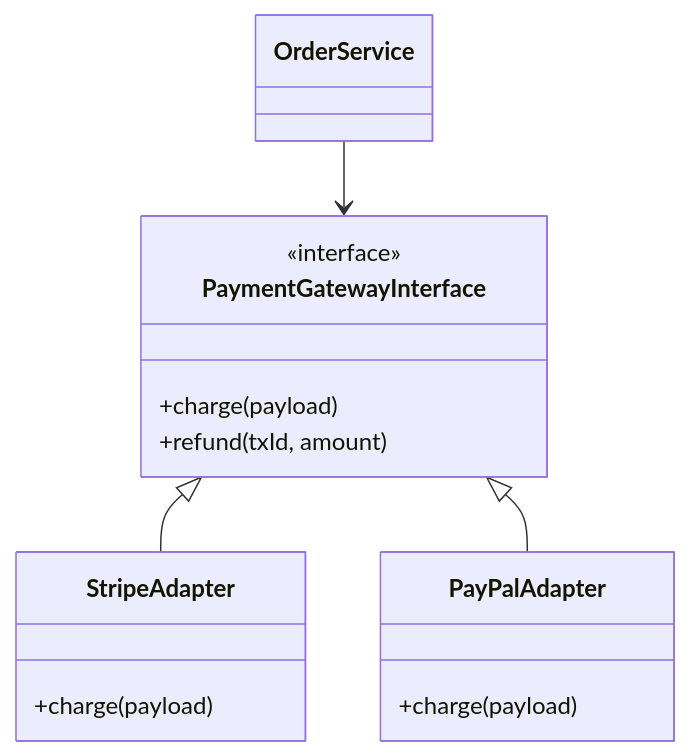
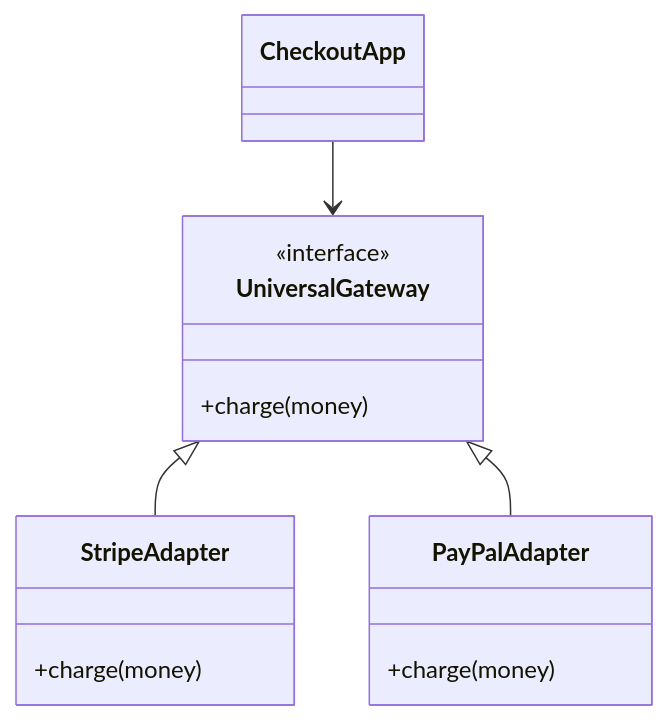
The diagram in system-design/09_payment_gateway_outbox_webhooks.md (fazleyrabby/backend-engineering-mastery), drawn with Mermaid before and after one commit. The commit also changed other lines of this file and 15 other files, not shown here.

````diff
--- a/system-design/09_payment_gateway_outbox_webhooks.md
+++ b/system-design/09_payment_gateway_outbox_webhooks.md
@@ -12,17 +13,16 @@
 ```mermaid
 classDiagram
-    class PaymentGatewayInterface {
+    class UniversalGateway {
         <<interface>>
-        +charge(payload)
-        +refund(txId, amount)
+        +charge(money)
     }
     class StripeAdapter {
-        +charge(payload)
+        +charge(money)
     }
     class PayPalAdapter {
-        +charge(payload)
+        +charge(money)
     }
-    PaymentGatewayInterface <|-- StripeAdapter
-    PaymentGatewayInterface <|-- PayPalAdapter
-    OrderService --> PaymentGatewayInterface
+    UniversalGateway <|-- StripeAdapter
+    UniversalGateway <|-- PayPalAdapter
+    CheckoutApp --> UniversalGateway
 ```
````
